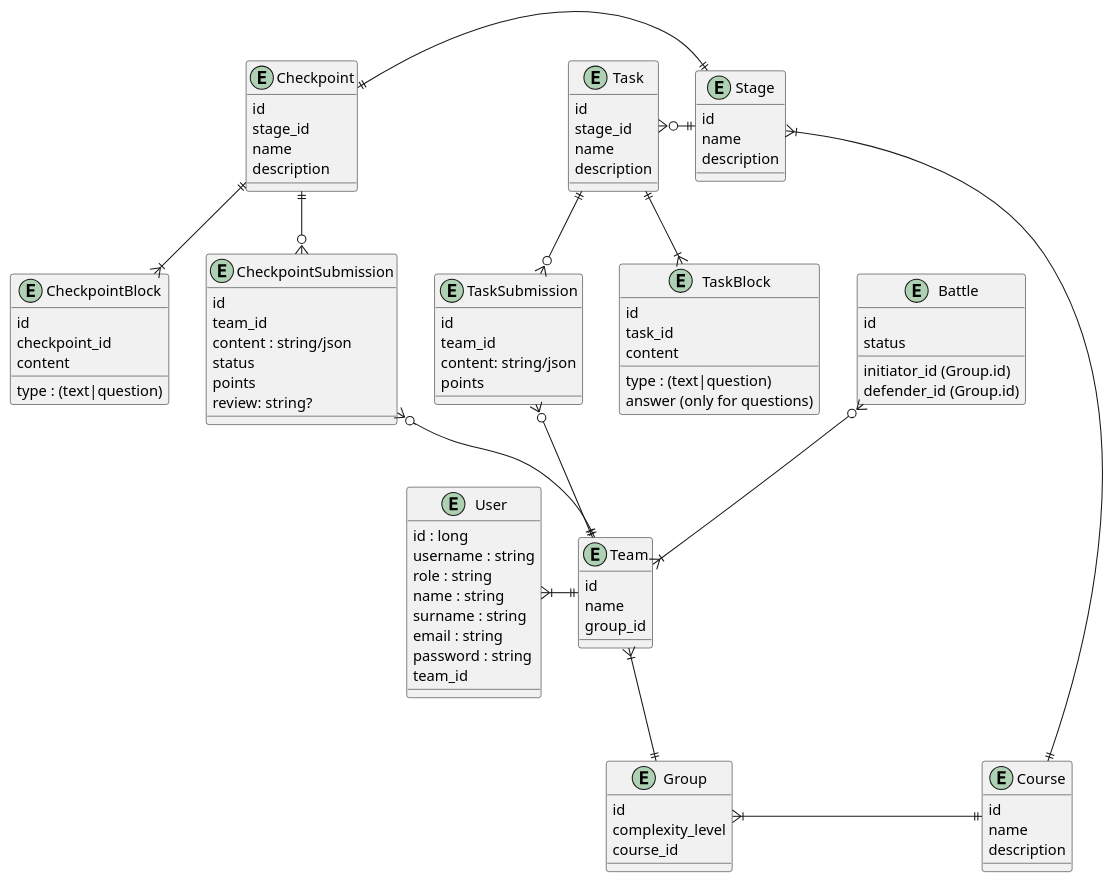
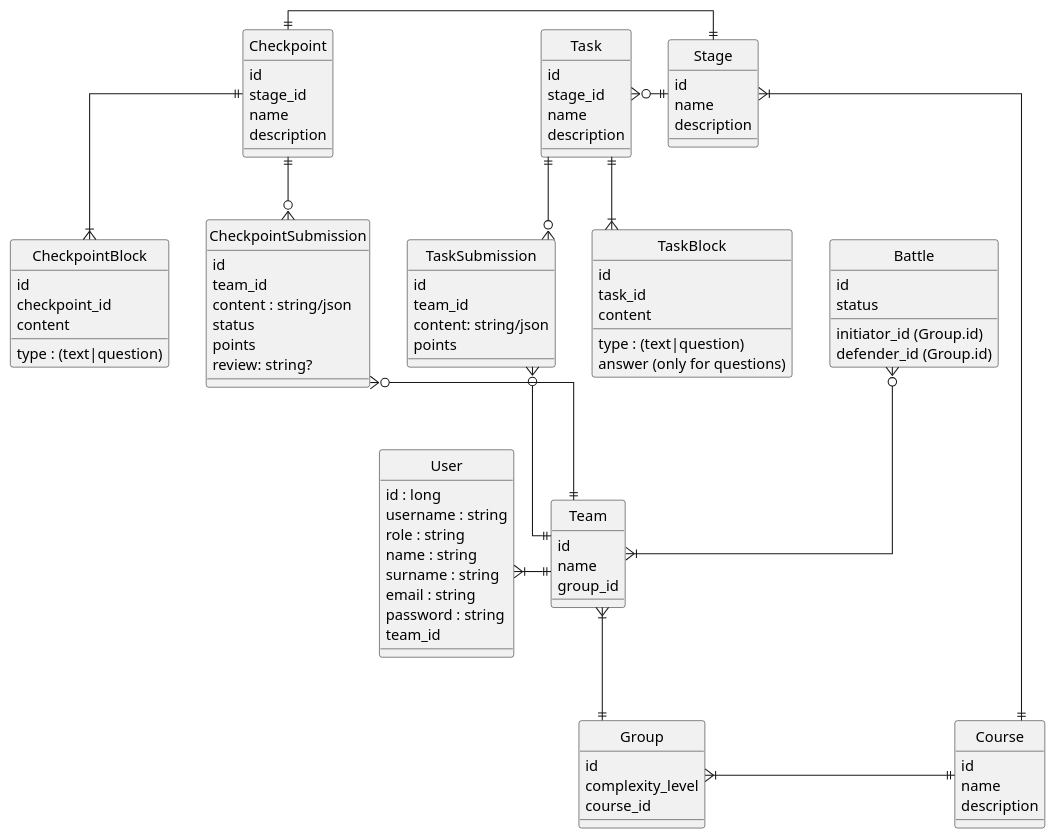
One commit to kuzznya/junction-avp-backend changed the diagram in entities.md. Above: the diagram before and after it, drawn with PlantUML. The commit also changed 2 other files, not shown here.

Commit message:
docs: Add tech spec

````diff
--- a/entities.md
+++ b/entities.md
@@ -1,5 +1,11 @@
 ```plantuml
 @startuml
+' hide the spot
+hide circle
+
+' avoid problems with angled crows feet
+skinparam linetype ortho
+
 entity User {
     id : long
     username : string
````
